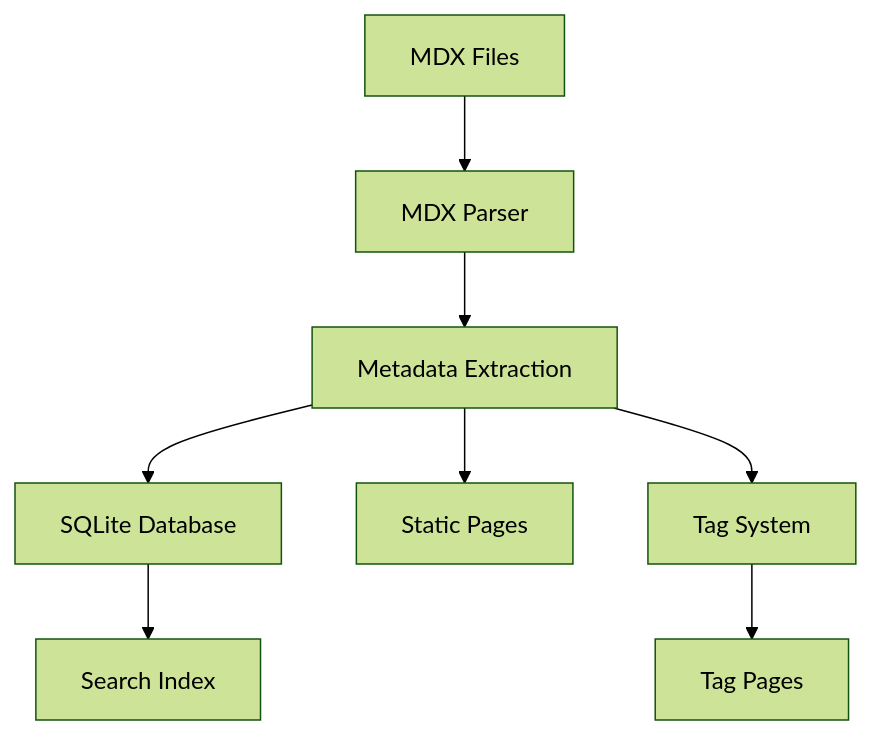
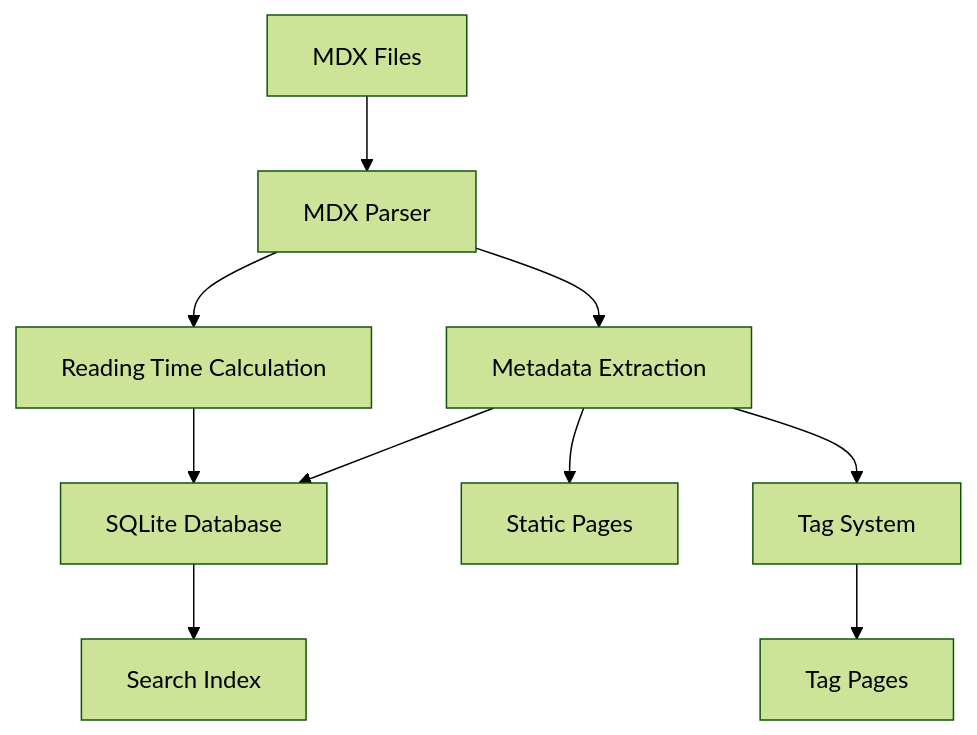
Before and after one commit to ktakahiro150397/matome-blog: the first of 4 diagrams in .github/memory-bank/systemPatterns.md, drawn with Mermaid (forest theme). The commit also changed 10 other files, not shown here.

````diff
--- a/.github/memory-bank/systemPatterns.md
+++ b/.github/memory-bank/systemPatterns.md
@@ -24,10 +24,12 @@
 ```mermaid
 flowchart TD
     MDX[MDX Files] --> Parser[MDX Parser]
     Parser --> Meta[Metadata Extraction]
+    Parser --> ReadingTime[Reading Time Calculation]
     Meta --> DB[SQLite Database]
+    ReadingTime --> DB
     Meta --> Pages[Static Pages]
     DB --> Search[Search Index]
     Meta --> Tags[Tag System]
     Tags --> TagPages[Tag Pages]
 ```
````
